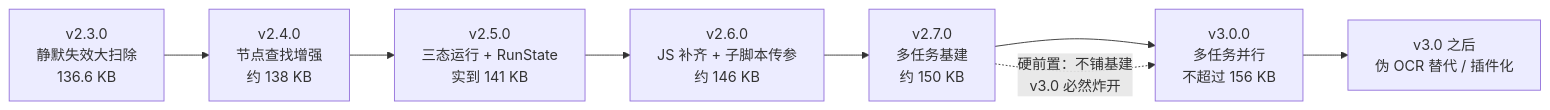
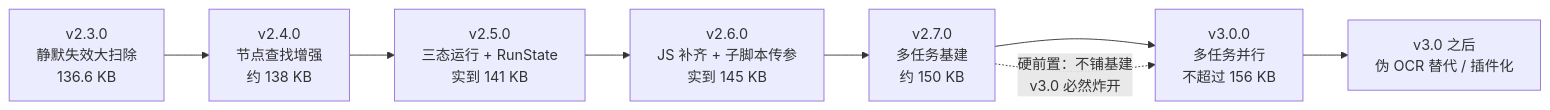
One commit to tchw521/FloatTap changed the second of 2 diagrams in docs/ROADMAP.md. Above: the diagram before and after it, drawn with Mermaid. The commit also changed other lines of this file and 43 other files, not shown here.

````diff
--- a/docs/ROADMAP.md
+++ b/docs/ROADMAP.md
@@ -133,13 +133,13 @@
 ```mermaid
 flowchart LR
     V23["v2.3.0<br/>静默失效大扫除<br/>136.6 KB"]
     V24["v2.4.0<br/>节点查找增强<br/>约 138 KB"]
     V25["v2.5.0<br/>三态运行 + RunState<br/>实到 141 KB"]
-    V26["v2.6.0<br/>JS 补齐 + 子脚本传参<br/>约 146 KB"]
+    V26["v2.6.0<br/>JS 补齐 + 子脚本传参<br/>实到 145 KB"]
     V27["v2.7.0<br/>多任务基建<br/>约 150 KB"]
     V30["v3.0.0<br/>多任务并行<br/>不超过 156 KB"]
     FUT["v3.0 之后<br/>伪 OCR 替代 / 插件化"]
 
     V23 --> V24 --> V25 --> V26 --> V27 --> V30 --> FUT
     V27 -.->|"硬前置：不铺基建<br/>v3.0 必然炸开"| V30
 ```
````
